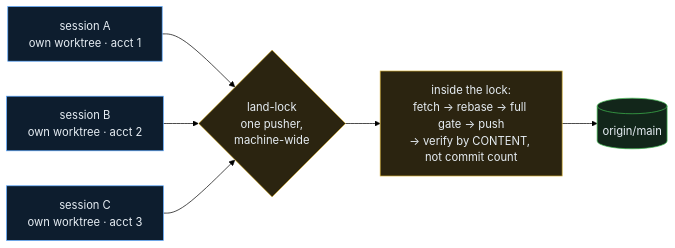
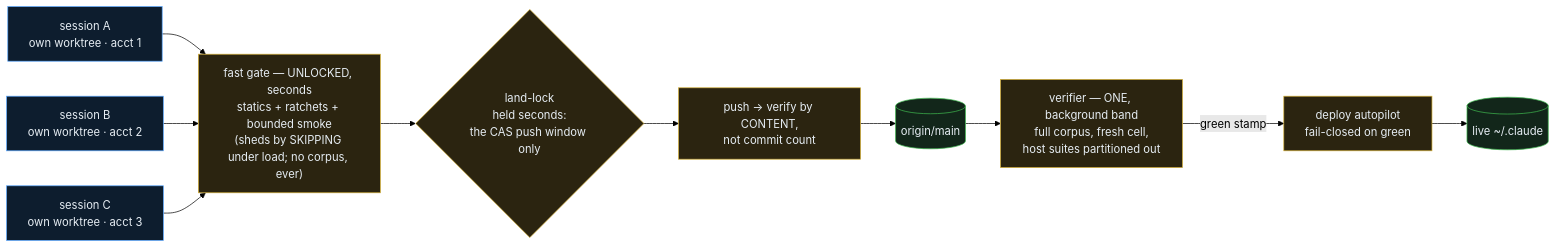
One commit to renchris/claude-infrastructure changed the second of 4 diagrams in README.md. Above: the diagram before and after it, drawn with Mermaid (forest theme). The commit also changed other lines of this file and 3 other files, not shown here.

First line of the commit message:
docs(readme): §2/§5 describe the v2 landing pipeline — fast gate, seconds-held lock, verifier verdict, green-gated deploy

````diff
--- a/README.md
+++ b/README.md
@@ -143,15 +143,19 @@
 ```mermaid
 flowchart LR
-    Lock{"land-lock<br/>one pusher,<br/>machine-wide"}
-    A["session A<br/>own worktree · acct 1"] --> Lock
-    B["session B<br/>own worktree · acct 2"] --> Lock
-    C["session C<br/>own worktree · acct 3"] --> Lock
-    Lock --> Gate["inside the lock:<br/>fetch → rebase → full gate → push<br/>→ verify by CONTENT, not commit count"]
-    Gate --> Trunk[("origin/main")]
+    A["session A<br/>own worktree · acct 1"] --> G
+    B["session B<br/>own worktree · acct 2"] --> G
+    C["session C<br/>own worktree · acct 3"] --> G
+    G["fast gate — UNLOCKED, seconds<br/>statics + ratchets + bounded smoke<br/>(sheds by SKIPPING under load; no corpus, ever)"]
+    G --> Lock{"land-lock<br/>held seconds:<br/>the CAS push window only"}
+    Lock --> Push["push → verify by CONTENT,<br/>not commit count"]
+    Push --> Trunk[("origin/main")]
+    Trunk --> V["verifier — ONE, background band<br/>full corpus, fresh cell,<br/>host suites partitioned out"]
+    V -->|"green stamp"| D["deploy autopilot<br/>fail-closed on green"]
+    D --> Live[("live ~/.claude")]
     classDef w fill:#0d1d2e,stroke:#58a6ff,color:#e6edf3
     classDef k fill:#2b2410,stroke:#d4af37,color:#e6edf3
     classDef t fill:#12261a,stroke:#3fb950,color:#e6edf3
     class A,B,C w
-    class Lock,Gate k
-    class Trunk t
+    class G,Lock,Push,V,D k
+    class Trunk,Live t
 ```
````
